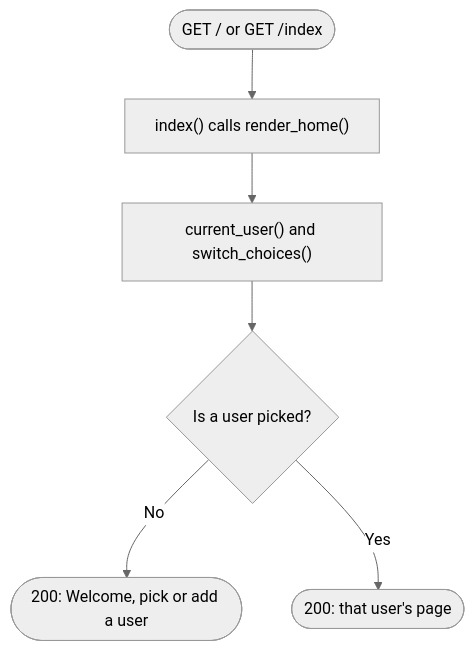
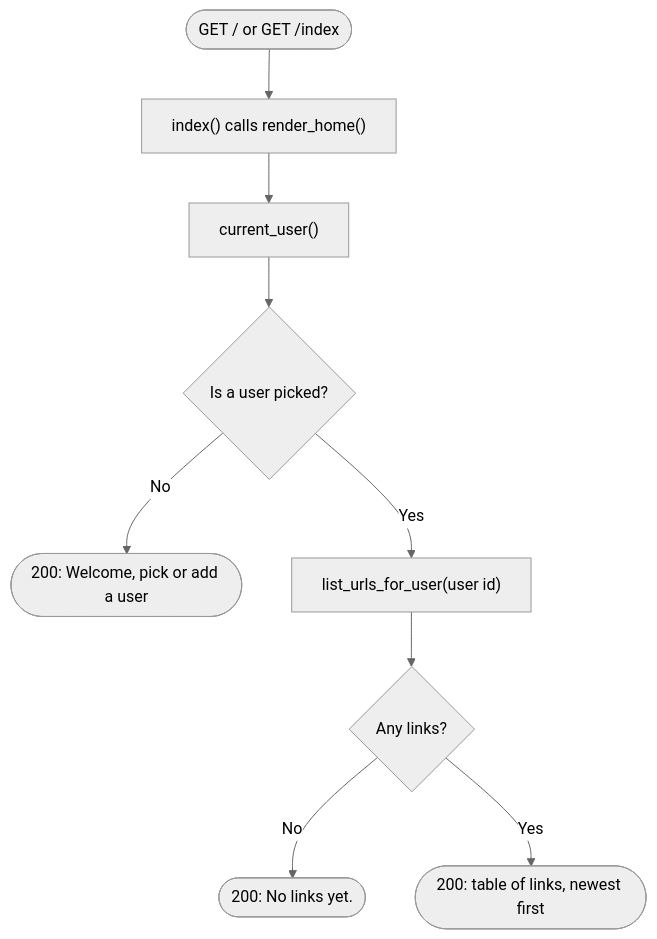
The first of 2 diagrams in docs/specs/home-page.md (GreenDAS/url_shortener), drawn with Mermaid (neutral theme) before and after one commit. The commit also changed other lines of this file and 1 other file, not shown here.

First line of the commit message:
Rewrote the home page spec sheet for URL-15 with the table columns, the delete rules and flow charts for showing the page and deleting a link.

````diff
--- a/docs/specs/home-page.md
+++ b/docs/specs/home-page.md
@@ -54,8 +88,11 @@
 ```mermaid
 flowchart TD
     A(["GET / or GET /index"]) --> B["index() calls render_home()"]
-    B --> C["current_user() and switch_choices()"]
+    B --> C["current_user()"]
     C --> D{"Is a user picked?"}
     D -- No --> E(["200: Welcome, pick or add a user"])
-    D -- Yes --> F(["200: that user's page"])
+    D -- Yes --> F["list_urls_for_user(user id)"]
+    F --> G{"Any links?"}
+    G -- No --> H(["200: No links yet."])
+    G -- Yes --> I(["200: table of links, newest first"])
 ```
````
